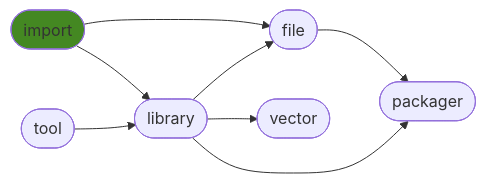
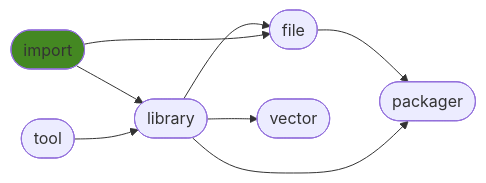
One commit to ManderaGeneral/generalimport changed the diagram in README.md. Above: the diagram before and after it, drawn with Mermaid. The commit also changed other lines of this file and 1 other file, not shown here.

````diff
--- a/README.md
+++ b/README.md
@@ -28,17 +28,17 @@
 ```mermaid
 flowchart LR
+2([library]) --> 4([vector])
+0([import]) --> 2([library])
+3([file]) --> 5([packager])
+2([library]) --> 5([packager])
+1([tool]) --> 2([library])
+2([library]) --> 3([file])
 0([import]) --> 3([file])
-3([file]) --> 5([packager])
-2([library]) --> 4([vector])
-2([library]) --> 3([file])
-0([import]) --> 2([library])
-1([tool]) --> 2([library])
-2([library]) --> 5([packager])
 click 0 "https://github.com/ManderaGeneral/generalimport"
 click 1 "https://github.com/ManderaGeneral/generaltool"
 click 2 "https://github.com/ManderaGeneral/generallibrary"
 click 3 "https://github.com/ManderaGeneral/generalfile"
 click 4 "https://github.com/ManderaGeneral/generalvector"
 click 5 "https://github.com/ManderaGeneral/generalpackager"
 style 0 fill:#482
 ```
````
